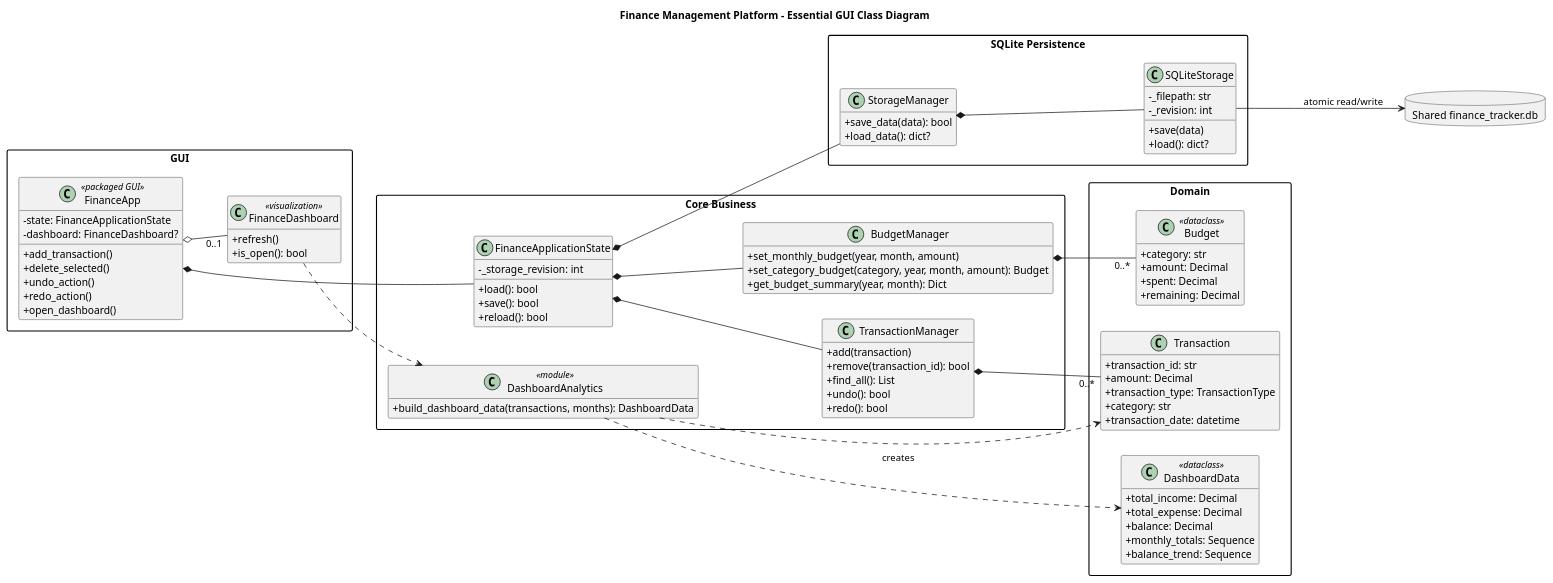
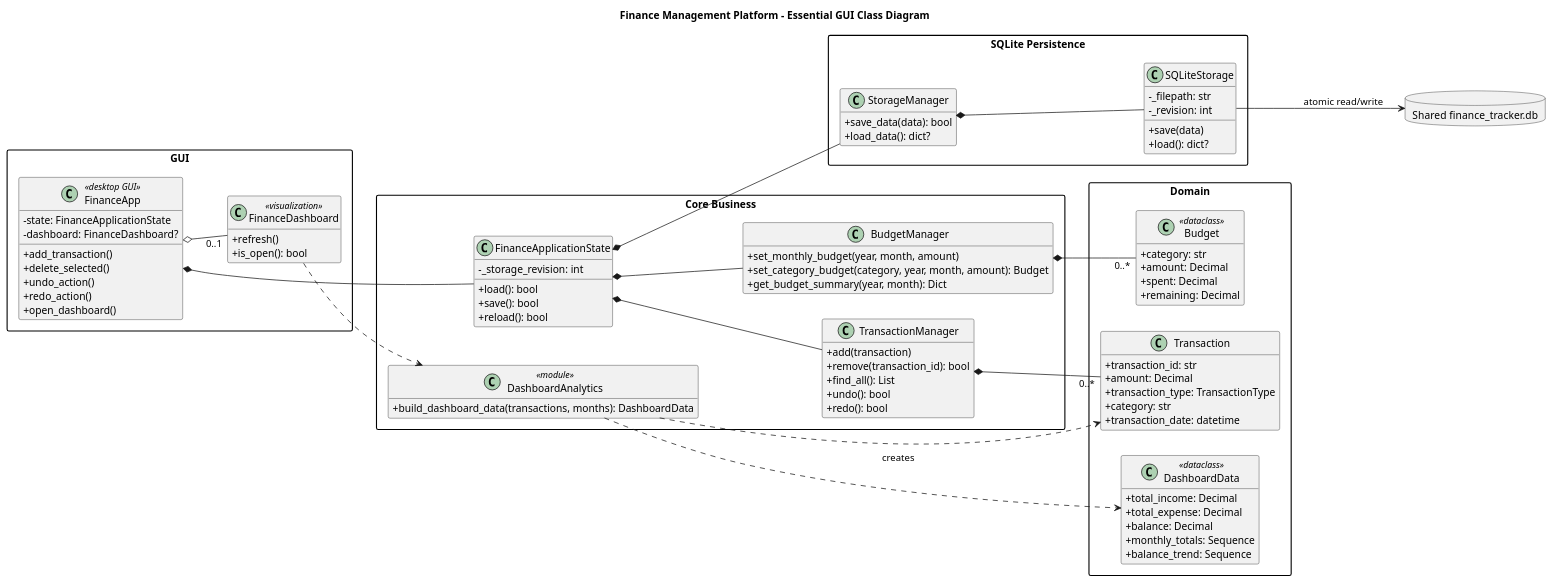
The diagram in docs/uml/03-essential-class-diagram.puml (pasta1223/finance-tracker), drawn with PlantUML before and after one commit. The commit also changed 52 other files, not shown here.

```diff
--- a/docs/uml/03-essential-class-diagram.puml
+++ b/docs/uml/03-essential-class-diagram.puml
@@ -1,113 +1,113 @@
 @startuml
 allowmixing
 title Finance Management Platform - Essential GUI Class Diagram
 
 left to right direction
 skinparam packageStyle rectangle
 skinparam classAttributeIconSize 0
 skinparam shadowing false
 hide empty members
 
 package "GUI" {
-  class FinanceApp <<packaged GUI>> {
+  class FinanceApp <<desktop GUI>> {
     - state: FinanceApplicationState
     - dashboard: FinanceDashboard?
     + add_transaction()
     + delete_selected()
     + undo_action()
     + redo_action()
     + open_dashboard()
   }
 
   class FinanceDashboard <<visualization>> {
     + refresh()
     + is_open(): bool
   }
 }
 
 package "Core Business" {
   class FinanceApplicationState {
     - _storage_revision: int
     + load(): bool
     + save(): bool
     + reload(): bool
   }
 
   class TransactionManager {
     + add(transaction)
     + remove(transaction_id): bool
     + find_all(): List
     + undo(): bool
     + redo(): bool
   }
 
   class BudgetManager {
     + set_monthly_budget(year, month, amount)
     + set_category_budget(category, year, month, amount): Budget
     + get_budget_summary(year, month): Dict
   }
 
   class DashboardAnalytics <<module>> {
     + build_dashboard_data(transactions, months): DashboardData
   }
 }
 
 package "Domain" {
   class Transaction {
     + transaction_id: str
     + amount: Decimal
     + transaction_type: TransactionType
     + category: str
     + transaction_date: datetime
   }
 
   class Budget <<dataclass>> {
     + category: str
     + amount: Decimal
     + spent: Decimal
     + remaining: Decimal
   }
 
   class DashboardData <<dataclass>> {
     + total_income: Decimal
     + total_expense: Decimal
     + balance: Decimal
     + monthly_totals: Sequence
     + balance_trend: Sequence
   }
 }
 
 package "SQLite Persistence" {
   class StorageManager {
     + save_data(data): bool
     + load_data(): dict?
   }
 
   class SQLiteStorage {
     - _filepath: str
     - _revision: int
     + save(data)
     + load(): dict?
   }
 }
 
 database "Shared finance_tracker.db" as Ledger
 
 FinanceApp *-- FinanceApplicationState
 FinanceApp o-- "0..1" FinanceDashboard
 
 FinanceApplicationState *-- TransactionManager
 FinanceApplicationState *-- BudgetManager
 FinanceApplicationState *-- StorageManager
 
 TransactionManager *-- "0..*" Transaction
 BudgetManager *-- "0..*" Budget
 
 FinanceDashboard ..> DashboardAnalytics
 DashboardAnalytics ..> Transaction
 DashboardAnalytics ..> DashboardData : creates
 
 StorageManager *-- SQLiteStorage
 SQLiteStorage --> Ledger : atomic read/write
 
 @enduml
```
